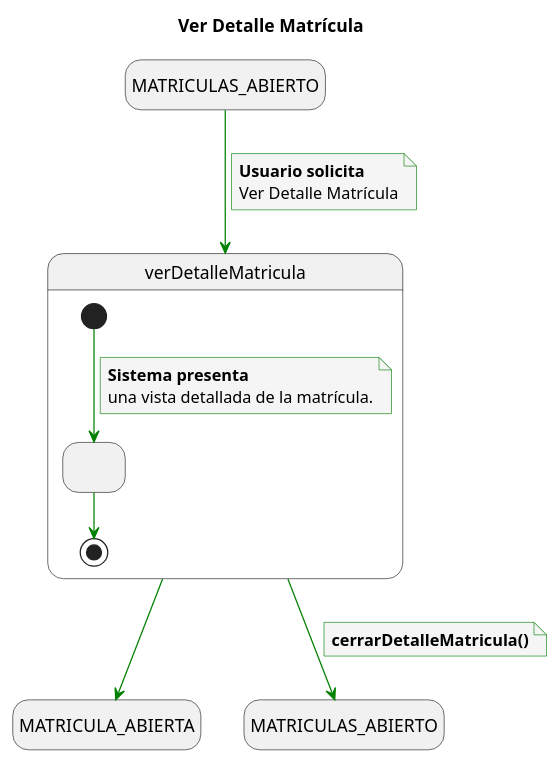
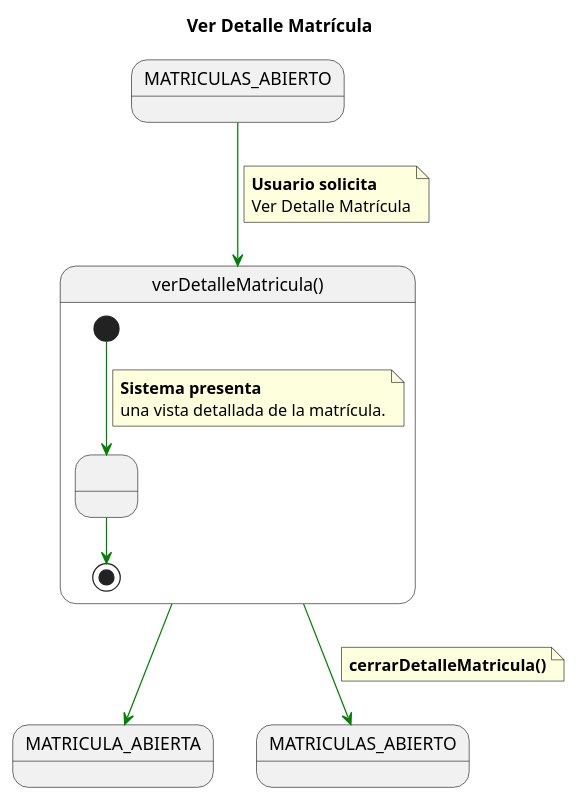
The diagram in documents/CasosDeUso/DetalladoCasosDeUso/Secretaria/verDetalleMatricula.puml (enmabry/25-26-IdSw1-SdR), drawn with PlantUML before and after one commit. The commit also changed 21 other files, not shown here.

```diff
--- a/documents/CasosDeUso/DetalladoCasosDeUso/Secretaria/verDetalleMatricula.puml
+++ b/documents/CasosDeUso/DetalladoCasosDeUso/Secretaria/verDetalleMatricula.puml
@@ -1,46 +1,40 @@
 @startuml
 title Ver Detalle Matrícula
 
-skinparam {
-    NoteBackgroundColor #whiteSmoke
-    ArrowColor #green
-    NoteBorderColor #green
-    linetype polyline
-}
-
-hide empty description
+skinparam linetype polyline
 
 state startState as "MATRICULAS_ABIERTO"
 state endState1 as "MATRICULA_ABIERTA"
 state endState2 as "MATRICULAS_ABIERTO"
 
-startState --> verDetalleMatricula
+startState -[#green]-> verDetalleMatricula
 note on link
     <b>Usuario solicita</b>
     Ver Detalle Matrícula
 end note
 
-state verDetalleMatricula {
+state verDetalleMatricula as "verDetalleMatricula()" {
     state MostrarDetalle as " "
 
     ' 1. Inicio: El sistema consulta y presenta el detalle
-    [*] --> MostrarDetalle
+    [*] -[#green]-> MostrarDetalle
     note on link
         <b>Sistema presenta</b>
         una vista detallada de la matrícula.
     end note
 
     ' 2. Fin: El caso de uso interno finaliza
-    MostrarDetalle --> [*]
+    MostrarDetalle -[#green]-> [*]
 }
 
 
-verDetalleMatricula --> endState1
+verDetalleMatricula -[#green]-> endState1
+
 
 ' 2. Camino de cierre/retorno (cerrarDetalleMatricula())
-verDetalleMatricula --> endState2
+verDetalleMatricula -[#green]-> endState2
 note on link
     <b>cerrarDetalleMatricula()</b>
 end note
 
 @enduml
```
